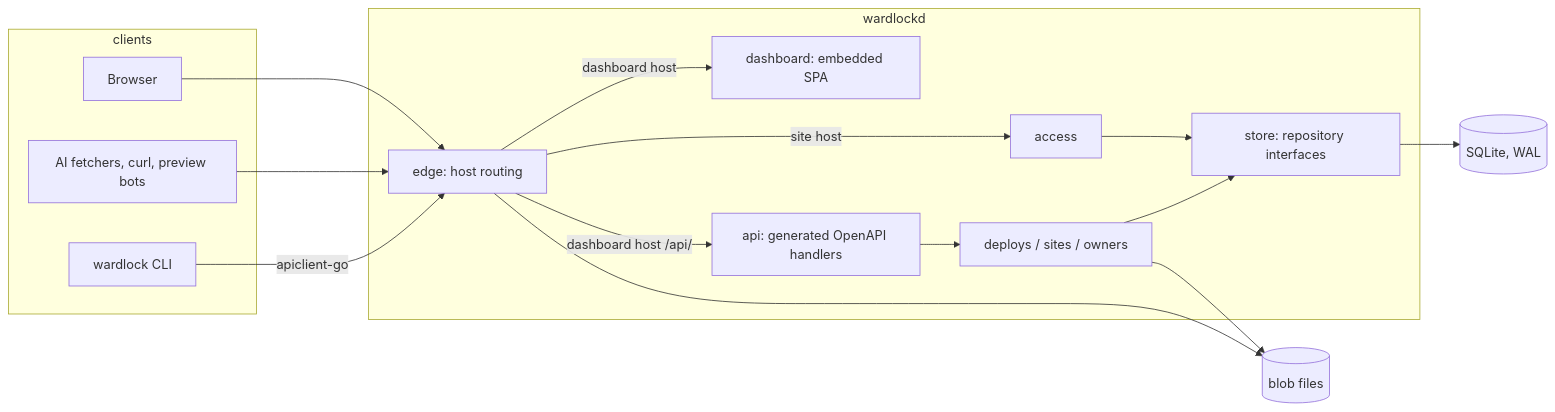
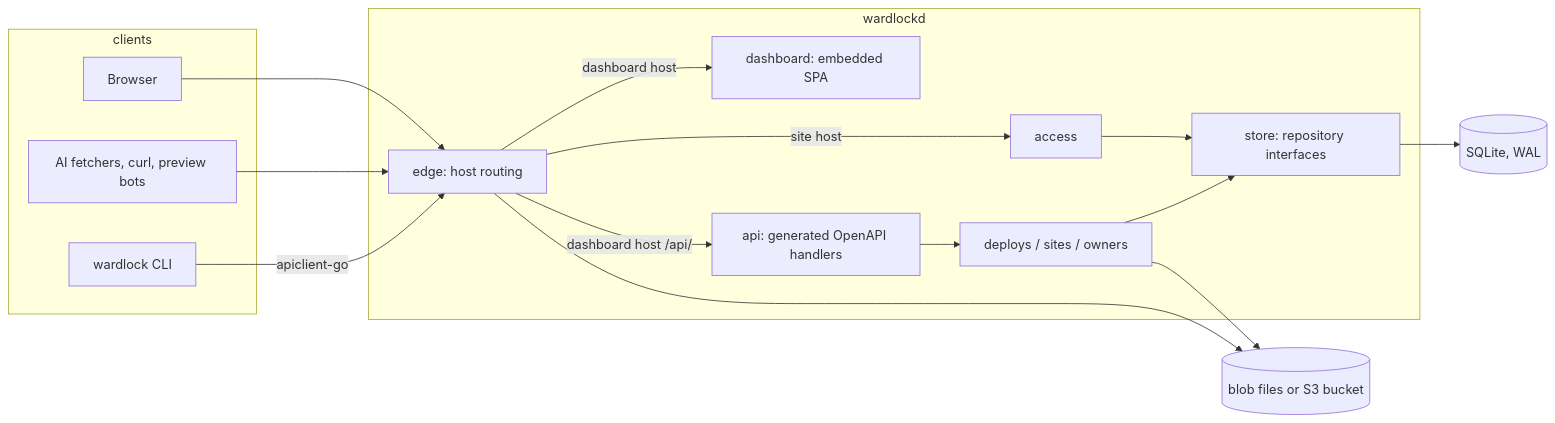
Before and after one commit to CubieCode/wardlock: the first of 6 diagrams in docs/ARCHITECTURE.md, drawn with Mermaid. The commit also changed other lines of this file and 20 other files, not shown here.

````diff
--- a/docs/ARCHITECTURE.md
+++ b/docs/ARCHITECTURE.md
@@ -5,30 +5,30 @@
 ```mermaid
 flowchart LR
   subgraph clients
     B[Browser]
     A[AI fetchers, curl, preview bots]
     C[wardlock CLI]
   end
   subgraph wardlockd
     E[edge: host routing]
     D[dashboard: embedded SPA]
     API[api: generated OpenAPI handlers]
     ACC[access]
     DEP[deploys / sites / owners]
     ST[store: repository interfaces]
   end
   DB[(SQLite, WAL)]
-  FS[(blob files)]
+  FS[(blob files or S3 bucket)]
   B --> E
   A --> E
   C -->|apiclient-go| E
   E -->|dashboard host| D
   E -->|dashboard host /api/| API
   E -->|site host| ACC
   API --> DEP
   ACC --> ST
   DEP --> ST
   ST --> DB
   DEP --> FS
   E --> FS
 ```
````
